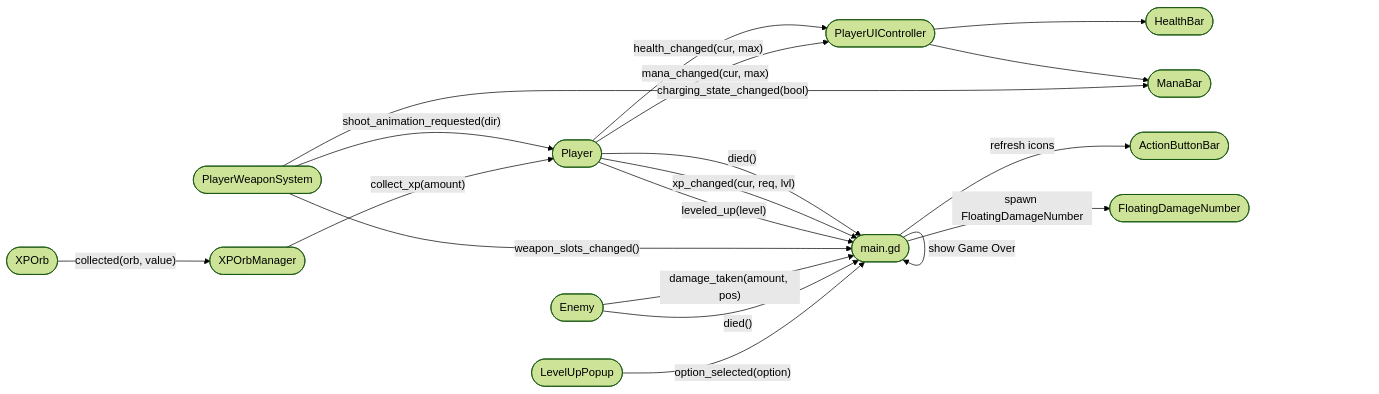
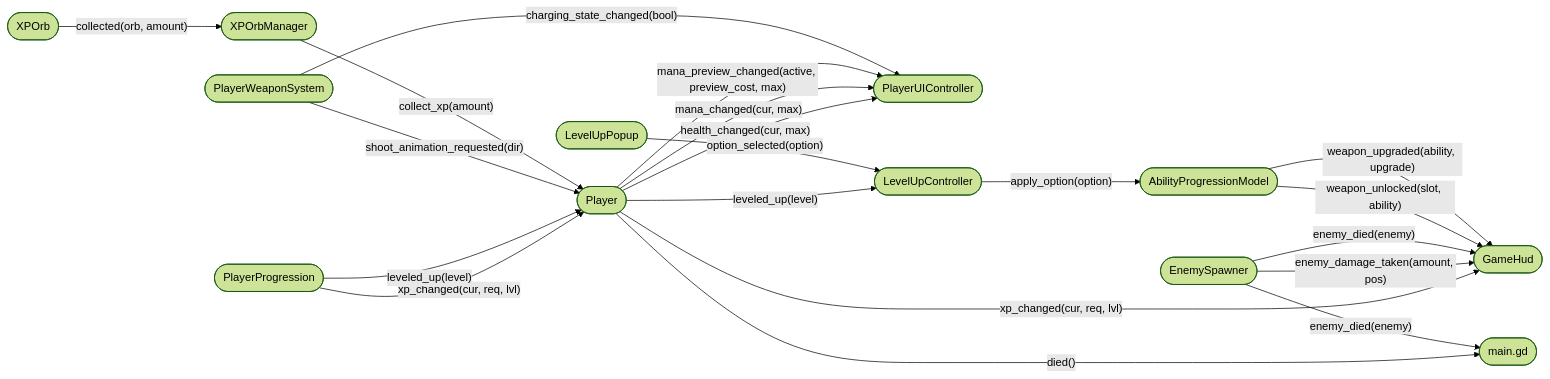
One commit to mp1707/godot-survivors-game changed the second of 5 diagrams in ARCHITECTURE.md. Above: the diagram before and after it, drawn with Mermaid (forest theme). The commit also changed other lines of this file and 5 other files, not shown here.

Commit message:
refactor: update architecture documentation, fix enemy spawning logic, and standardize level-up option parameter naming.

````diff
--- a/ARCHITECTURE.md
+++ b/ARCHITECTURE.md
@@ -97,40 +109,41 @@
 ```mermaid
 flowchart LR
+    PP(["PlayerProgression"])
     P(["Player"])
     PWS(["PlayerWeaponSystem"])
-    G(["Enemy"])
+    PUI(["PlayerUIController"])
+    LUC(["LevelUpController"])
+    LUP(["LevelUpPopup"])
+    APM(["AbilityProgressionModel"])
+    ES(["EnemySpawner"])
+    HUD(["GameHud"])
+    MAIN(["main.gd"])
     XO(["XPOrb"])
-    LUP(["LevelUpPopup"])
-    MAIN(["main.gd"])
-    PUI(["PlayerUIController"])
-    PHB(["HealthBar"])
-    PMB(["ManaBar"])
-    ABB(["ActionButtonBar"])
-    FDN(["FloatingDamageNumber"])
     XOM(["XPOrbManager"])
 
-    P -->|"died()"| MAIN
+    PP -->|"xp_changed(cur, req, lvl)"| P
+    PP -->|"leveled_up(level)"| P
+
     P -->|"health_changed(cur, max)"| PUI
     P -->|"mana_changed(cur, max)"| PUI
-    P -->|"xp_changed(cur, req, lvl)"| MAIN
-    P -->|"leveled_up(level)"| MAIN
+    P -->|"mana_preview_changed(active, preview_cost, max)"| PUI
+    P -->|"xp_changed(cur, req, lvl)"| HUD
+    P -->|"leveled_up(level)"| LUC
+    P -->|"died()"| MAIN
 
-    PUI --> PHB
-    PUI --> PMB
-
-    PWS -->|"weapon_slots_changed()"| MAIN
-    PWS -->|"charging_state_changed(bool)"| PMB
+    PWS -->|"charging_state_changed(bool)"| PUI
     PWS -->|"shoot_animation_requested(dir)"| P
 
-    G -->|"damage_taken(amount, pos)"| MAIN
-    G -->|"died()"| MAIN
+    ES -->|"enemy_damage_taken(amount, pos)"| HUD
+    ES -->|"enemy_died(enemy)"| HUD
+    ES -->|"enemy_died(enemy)"| MAIN
 
-    XO -->|"collected(orb, value)"| XOM
+    LUP -->|"option_selected(option)"| LUC
+    LUC -->|"apply_option(option)"| APM
+
+    APM -->|"weapon_unlocked(slot, ability)"| HUD
+    APM -->|"weapon_upgraded(ability, upgrade)"| HUD
+
+    XO -->|"collected(orb, amount)"| XOM
     XOM -->|"collect_xp(amount)"| P
-
-    LUP -->|"option_selected(option)"| MAIN
-
-    MAIN -->|"spawn FloatingDamageNumber"| FDN
-    MAIN -->|"refresh icons"| ABB
-    MAIN -->|"show Game Over"| MAIN
 ```
````
